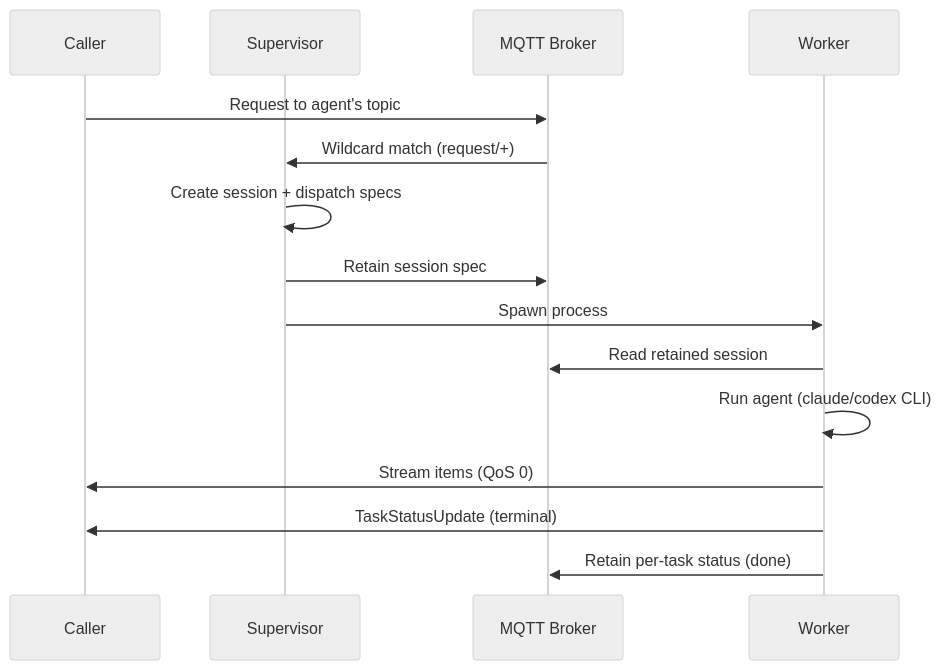
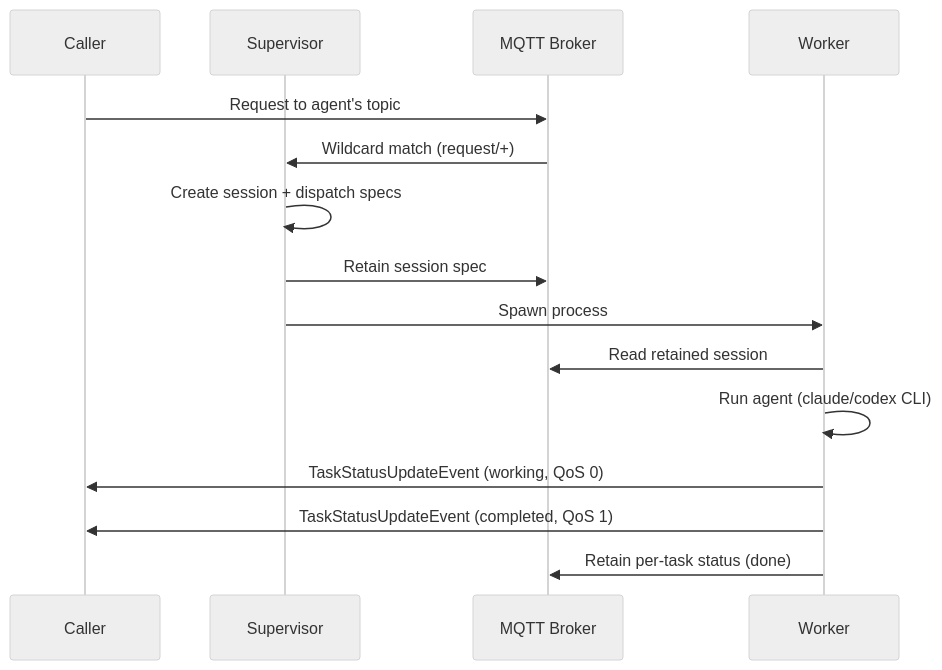
The first of 3 diagrams in docs/architecture.md (id/skitter), drawn with Mermaid (neutral theme) before and after one commit. The commit also changed other lines of this file and 12 other files, not shown here.

````diff
--- a/docs/architecture.md
+++ b/docs/architecture.md
@@ -47,18 +47,18 @@
 ```mermaid
 sequenceDiagram
     participant C as Caller
     participant S as Supervisor
     participant B as MQTT Broker
     participant W as Worker
 
     C->>B: Request to agent's topic
     B->>S: Wildcard match (request/+)
     S->>S: Create session + dispatch specs
     S->>B: Retain session spec
     S->>W: Spawn process
     W->>B: Read retained session
     W->>W: Run agent (claude/codex CLI)
-    W->>C: Stream items (QoS 0)
-    W->>C: TaskStatusUpdate (terminal)
+    W->>C: TaskStatusUpdateEvent (working, QoS 0)
+    W->>C: TaskStatusUpdateEvent (completed, QoS 1)
     W->>B: Retain per-task status (done)
 ```
````
